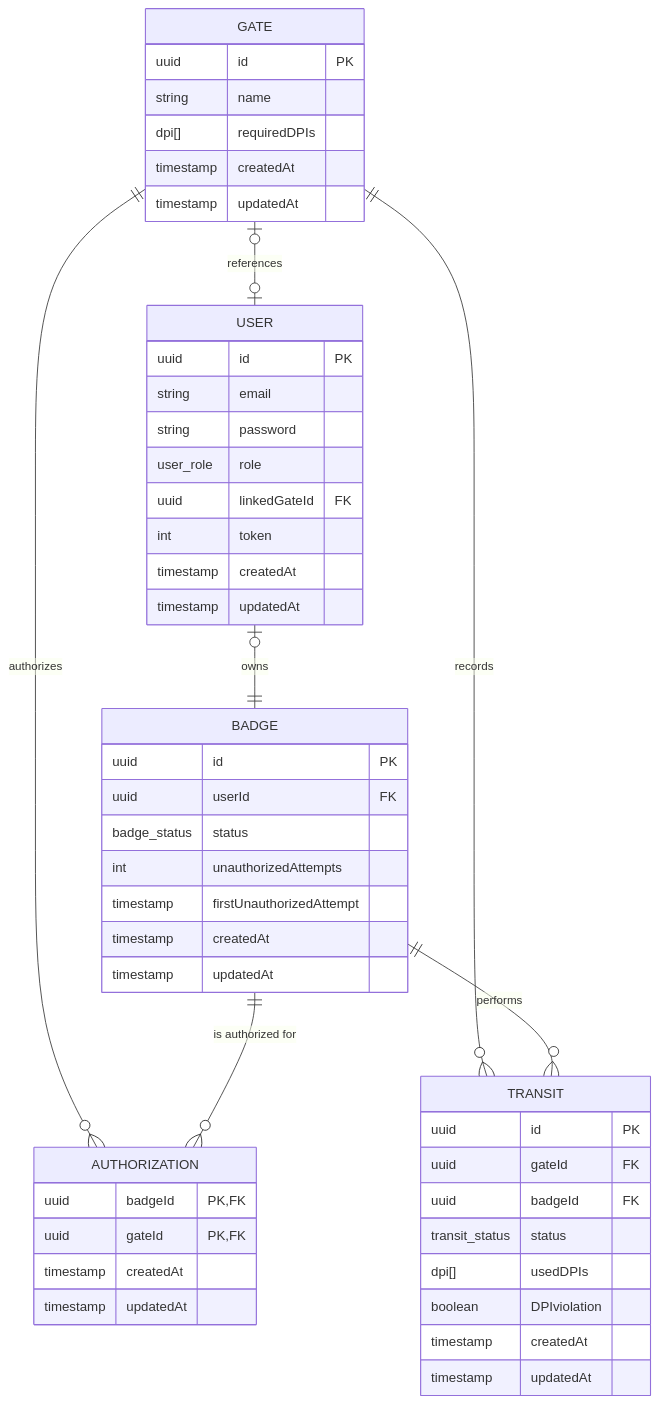
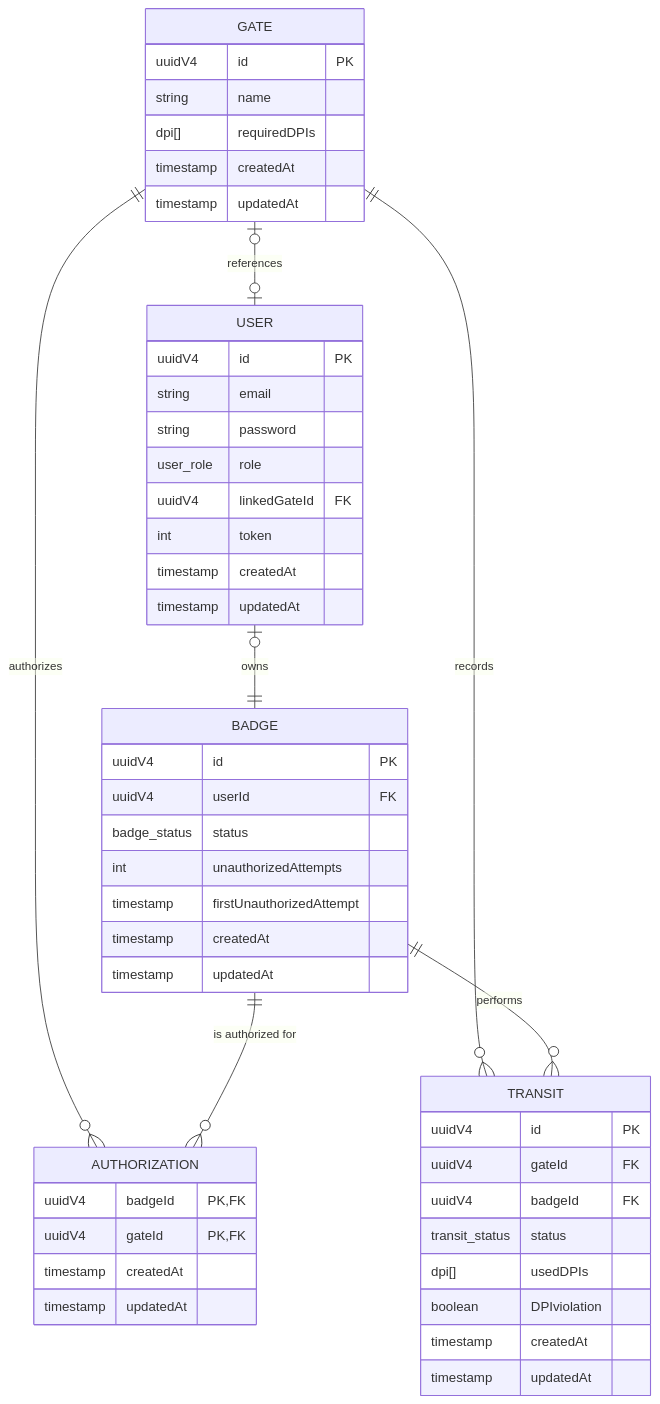
One commit to davideticchiarelli01/SafeGate_PA changed the first of 26 diagrams in README.md. Above: the diagram before and after it, drawn with Mermaid.

````diff
--- a/README.md
+++ b/README.md
@@ -205,57 +205,57 @@
 ```mermaid
 erDiagram
     GATE |o--o| USER : "references"
     GATE ||--o{ TRANSIT : "records"
     GATE ||--o{ AUTHORIZATION : "authorizes"
     BADGE ||--o{ AUTHORIZATION : "is authorized for"
     BADGE ||--o{ TRANSIT : "performs"
     USER |o--|| BADGE : "owns"
     
 
     GATE {
-        uuid id PK
+        uuidV4 id PK
         string name
         dpi[] requiredDPIs
         timestamp createdAt
         timestamp updatedAt
     }
 
     USER {
-        uuid id PK
+        uuidV4 id PK
         string email
         string password
         user_role role
-        uuid linkedGateId FK
+        uuidV4 linkedGateId FK
         int token
         timestamp createdAt
         timestamp updatedAt
     }
 
     BADGE {
-        uuid id PK
-        uuid userId FK
+        uuidV4 id PK
+        uuidV4 userId FK
         badge_status status
         int unauthorizedAttempts
         timestamp firstUnauthorizedAttempt
         timestamp createdAt
         timestamp updatedAt
     }
 
     TRANSIT {
-        uuid id PK
-        uuid gateId FK
-        uuid badgeId FK
+        uuidV4 id PK
+        uuidV4 gateId FK
+        uuidV4 badgeId FK
         transit_status status
         dpi[] usedDPIs
         boolean DPIviolation
         timestamp createdAt
         timestamp updatedAt
     }
     
     AUTHORIZATION {
-        uuid badgeId PK, FK
-        uuid gateId PK, FK
+        uuidV4 badgeId PK, FK
+        uuidV4 gateId PK, FK
         timestamp createdAt
         timestamp updatedAt
     }
 ```
````
